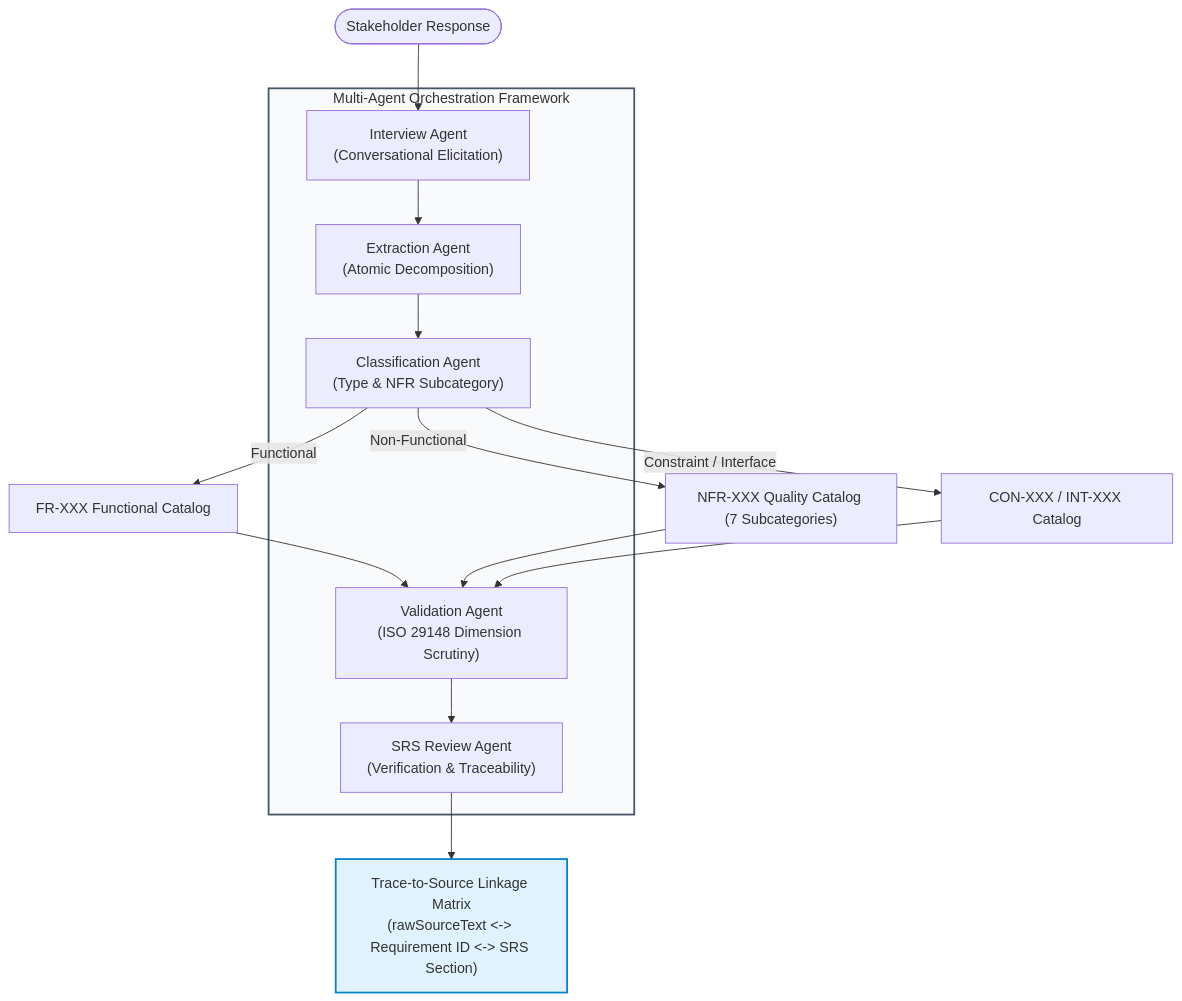
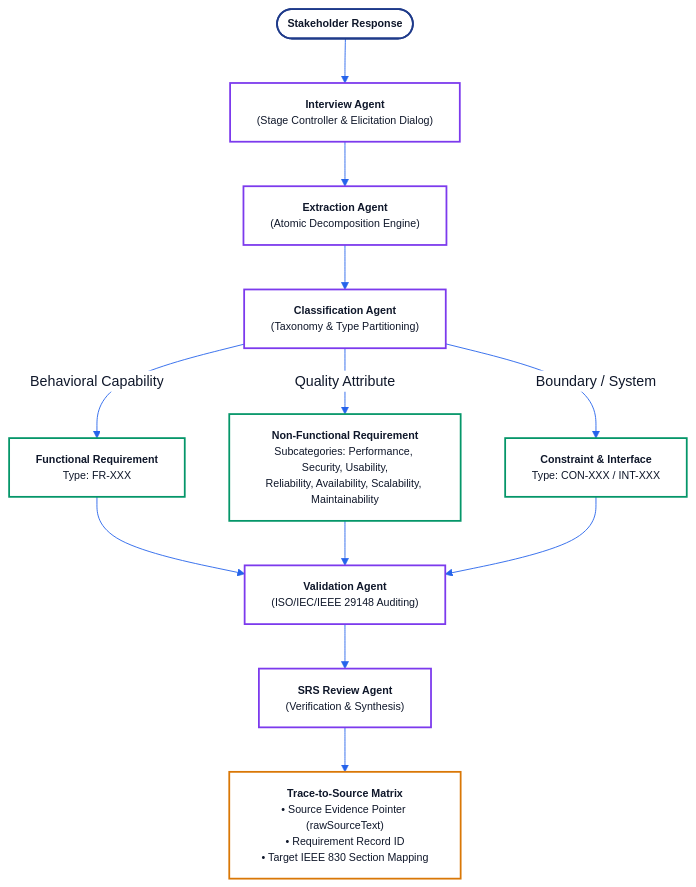
One commit to ValayaDase/Aether changed the third of 7 diagrams in PROJECT_RESEARCH_ALGORITHMS_AND_ARCHITECTURE.md. Above: the diagram before and after it, drawn with Mermaid. The commit also changed other lines of this file and 3 other files, not shown here.

Commit message:
docs: add formal research specification, high-visibility flowcharts, algorithms, and technical PDF report

````diff
--- a/PROJECT_RESEARCH_ALGORITHMS_AND_ARCHITECTURE.md
+++ b/PROJECT_RESEARCH_ALGORITHMS_AND_ARCHITECTURE.md
@@ -104,24 +123,20 @@
 ```mermaid
+%%{init: {'theme': 'base', 'themeVariables': {'primaryColor': '#ffffff', 'primaryTextColor': '#0f172a', 'primaryBorderColor': '#2563eb', 'lineColor': '#2563eb'}}}%%
 flowchart TD
-    subgraph Multi_Agent_Interaction["Multi-Agent Orchestration Framework"]
-        IA["Interview Agent<br/>(Conversational Elicitation)"]
-        EA["Extraction Agent<br/>(Atomic Decomposition)"]
-        CA["Classification Agent<br/>(Type & NFR Subcategory)"]
-        VA["Validation Agent<br/>(ISO 29148 Dimension Scrutiny)"]
-        SA["SRS Review Agent<br/>(Verification & Traceability)"]
-    end
+    classDef default fill:#ffffff,stroke:#1e3a8a,stroke-width:2px,color:#0f172a,font-size:12px;
+    classDef agent fill:#ffffff,stroke:#7c3aed,stroke-width:2px,color:#0f172a,font-size:12px;
+    classDef typeNode fill:#ffffff,stroke:#059669,stroke-width:2px,color:#0f172a,font-size:12px;
+    classDef matrix fill:#ffffff,stroke:#d97706,stroke-width:2px,color:#0f172a,font-size:12px;
 
-    User(["Stakeholder Response"]) --> IA
-    IA --> EA
-    EA --> CA
-    CA -->|Functional| FR["FR-XXX Functional Catalog"]
-    CA -->|Non-Functional| NFR["NFR-XXX Quality Catalog (7 Subcategories)"]
-    CA -->|Constraint / Interface| CON["CON-XXX / INT-XXX Catalog"]
-    
-    FR & NFR & CON --> VA
-    VA --> SA
-    SA --> Matrix["Trace-to-Source Linkage Matrix<br/>(rawSourceText <-> Requirement ID <-> SRS Section)"]
+    User(["<b>Stakeholder Response</b>"]):::default --> IA["<b>Interview Agent</b><br/>(Stage Controller & Elicitation Dialog)"]:::agent
+    IA --> EA["<b>Extraction Agent</b><br/>(Atomic Decomposition Engine)"]:::agent
+    EA --> CA["<b>Classification Agent</b><br/>(Taxonomy & Type Partitioning)"]:::agent
 
-    style Multi_Agent_Interaction fill:#f8fafc,stroke:#475569,stroke-width:2px
-    style Matrix fill:#e0f2fe,stroke:#0284c7,stroke-width:2px
+    CA -->|Behavioral Capability| FR["<b>Functional Requirement</b><br/>Type: FR-XXX"]:::typeNode
+    CA -->|Quality Attribute| NFR["<b>Non-Functional Requirement</b><br/>Subcategories: Performance, Security, Usability,<br/>Reliability, Availability, Scalability, Maintainability"]:::typeNode
+    CA -->|Boundary / System| CON["<b>Constraint & Interface</b><br/>Type: CON-XXX / INT-XXX"]:::typeNode
+
+    FR & NFR & CON --> VA["<b>Validation Agent</b><br/>(ISO/IEC/IEEE 29148 Auditing)"]:::agent
+    VA --> SA["<b>SRS Review Agent</b><br/>(Verification & Synthesis)"]:::agent
+    SA --> Matrix["<b>Trace-to-Source Matrix</b><br/>• Source Evidence Pointer (rawSourceText)<br/>• Requirement Record ID<br/>• Target IEEE 830 Section Mapping"]:::matrix
 ```
````
